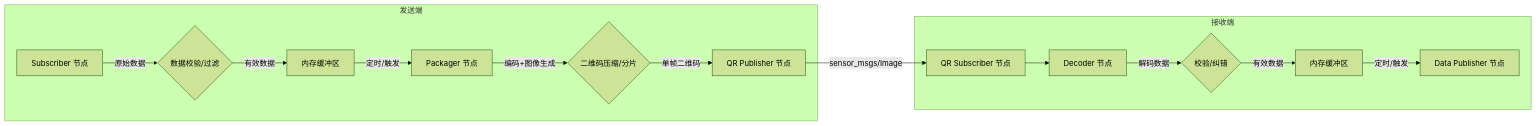
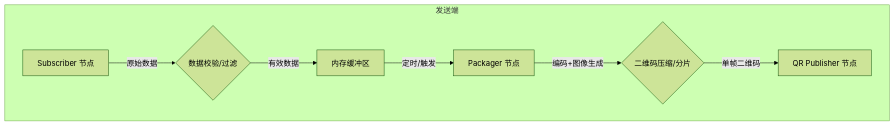
One commit to jujinqian162/QRcode_Communication changed the first of 2 diagrams in README.md. Above: the diagram before and after it, drawn with Mermaid (forest theme).

Commit message:
更新README.md

````diff
--- a/README.md
+++ b/README.md
@@ -5,20 +5,13 @@
 ```mermaid
-graph LR
+graph 
     A[Subscriber 节点] -->|原始数据| A1{数据校验/过滤}
     A1 -->|有效数据| B[内存缓冲区]
     B -->|定时/触发| C[Packager 节点]
     C -->|编码+图像生成| C1{二维码压缩/分片}
     C1 -->|单帧二维码| D[QR Publisher 节点]
-    D -->|sensor_msgs/Image| E[QR Subscriber 节点]
-    E --> F[Decoder 节点]
-    F -->|解码数据| F1{校验/纠错}
-    F1 -->|有效数据| G[内存缓冲区]
-    G -->|定时/触发| H[Data Publisher 节点]
-
+    
     subgraph 发送端
         A; A1; B; C; C1; D
     end
-    subgraph 接收端
-        E; F; F1; G; H
-    end
+    
 ```
````
